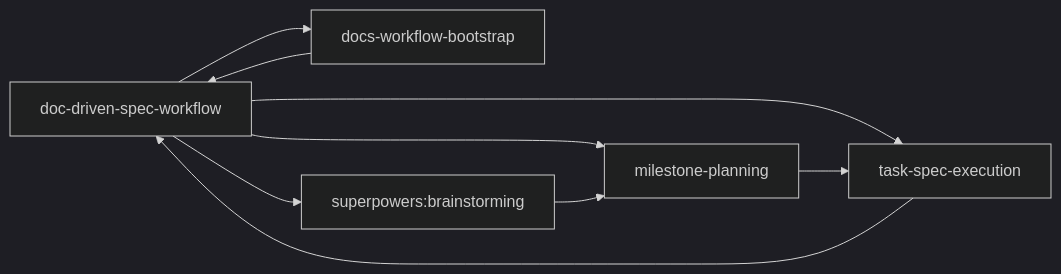
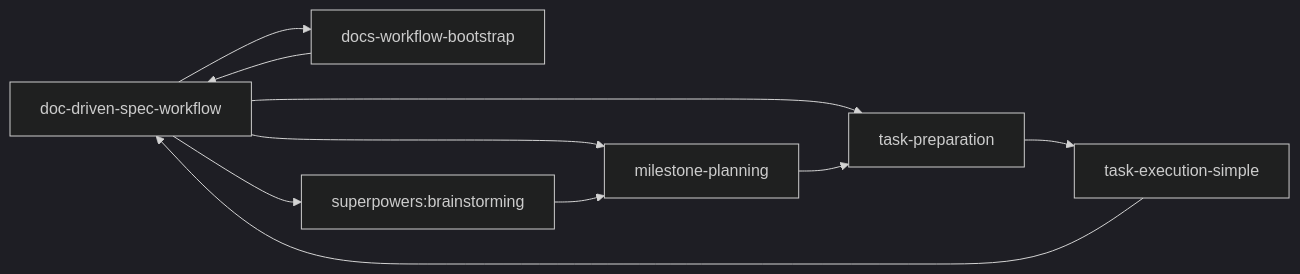
The first of 7 diagrams in WORKFLOW-STRUCTURE.md (Adol1111/doc-driven-spec-workflow), drawn with Mermaid (dark theme) before and after one commit. The commit also changed other lines of this file and 41 other files, not shown here.

Commit message:
refactor(workflow): split task preparation from execution

````diff
--- a/WORKFLOW-STRUCTURE.md
+++ b/WORKFLOW-STRUCTURE.md
@@ -23,17 +23,19 @@
 ```mermaid
 flowchart LR
     Root[doc-driven-spec-workflow]
     Bootstrap[docs-workflow-bootstrap]
     Brainstorm[superpowers:brainstorming]
     Milestone[milestone-planning]
-    Execution[task-spec-execution]
+    Preparation[task-preparation]
+    SimpleExecution[task-execution-simple]
 
     Root --> Bootstrap
     Root --> Brainstorm
     Root --> Milestone
-    Root --> Execution
+    Root --> Preparation
     Bootstrap --> Root
     Brainstorm --> Milestone
-    Milestone --> Execution
-    Execution --> Root
+    Milestone --> Preparation
+    Preparation --> SimpleExecution
+    SimpleExecution --> Root
 ```
````
